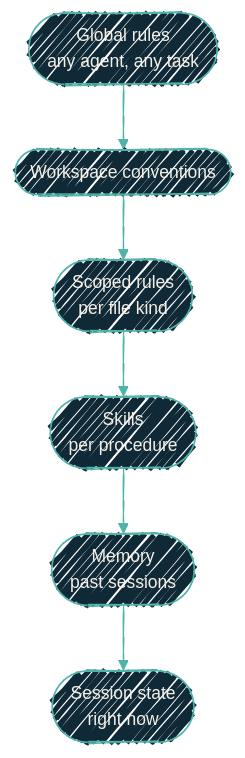
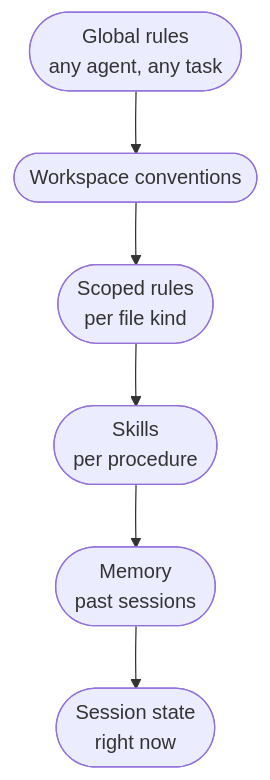
One commit to dryvist/docs changed the diagram in ai-development/agent-instruction-stack.mdx. Above: the diagram before and after it, drawn with Mermaid. The commit also changed other lines of this file and 116 other files, not shown here.

````diff
--- a/ai-development/agent-instruction-stack.mdx
+++ b/ai-development/agent-instruction-stack.mdx
@@ -11,12 +11,19 @@
 ```mermaid
-%%{init:
-  {'theme':'base','look':'handDrawn','themeVariables':{'fontFamily':'Geist','fontSize':'14px','primaryColor':'#102937','primaryTextColor':'#F4EFE6','primaryBorderColor':'#4FB3A9','lineColor':'#4FB3A9'}}}%%
-  flowchart TB
+%%{init: {"theme":"base","look":"handDrawn","themeVariables":{"primaryColor":"#123a36","primaryTextColor":"#f4efe6","primaryBorderColor":"#4fb3a9","lineColor":"#4fb3a9","secondaryColor":"#0b1d2a","tertiaryColor":"#16293a","clusterBkg":"#08151f","clusterBorder":"#4fb3a9","fontFamily":"'Geist Sans', system-ui, -apple-system, BlinkMacSystemFont, 'Segoe UI', Roboto, sans-serif","fontSize":"14px"}}}%%
+flowchart TB
+  classDef src fill:#16293a,stroke:#e06b4a,stroke-width:2px,color:#f4efe6;
+  classDef ai fill:#16293a,stroke:#e06b4a,stroke-width:2px,color:#f4efe6;
+  classDef gate fill:#16293a,stroke:#e06b4a,stroke-width:2.5px,color:#f4efe6;
+  classDef hop fill:#16293a,stroke:#4fb3a9,stroke-width:2px,color:#f4efe6;
+  classDef host fill:#16293a,stroke:#4fb3a9,stroke-width:2px,color:#f4efe6;
+  classDef sink fill:#16293a,stroke:#f4efe6,stroke-width:2px,color:#f4efe6;
+  classDef auto fill:#16293a,stroke:#f4efe6,stroke-width:1.5px,color:#f4efe6;
+  classDef external fill:#16293a,stroke:#e6b35a,stroke-width:2px,color:#f4efe6;
   G([Global rules<br/>any agent, any task])
   W([Workspace conventions])
   S([Scoped rules<br/>per file kind])
   K([Skills<br/>per procedure])
   M([Memory<br/>past sessions])
   T([Session state<br/>right now])
   G --> W --> S --> K --> M --> T
 ```
````
